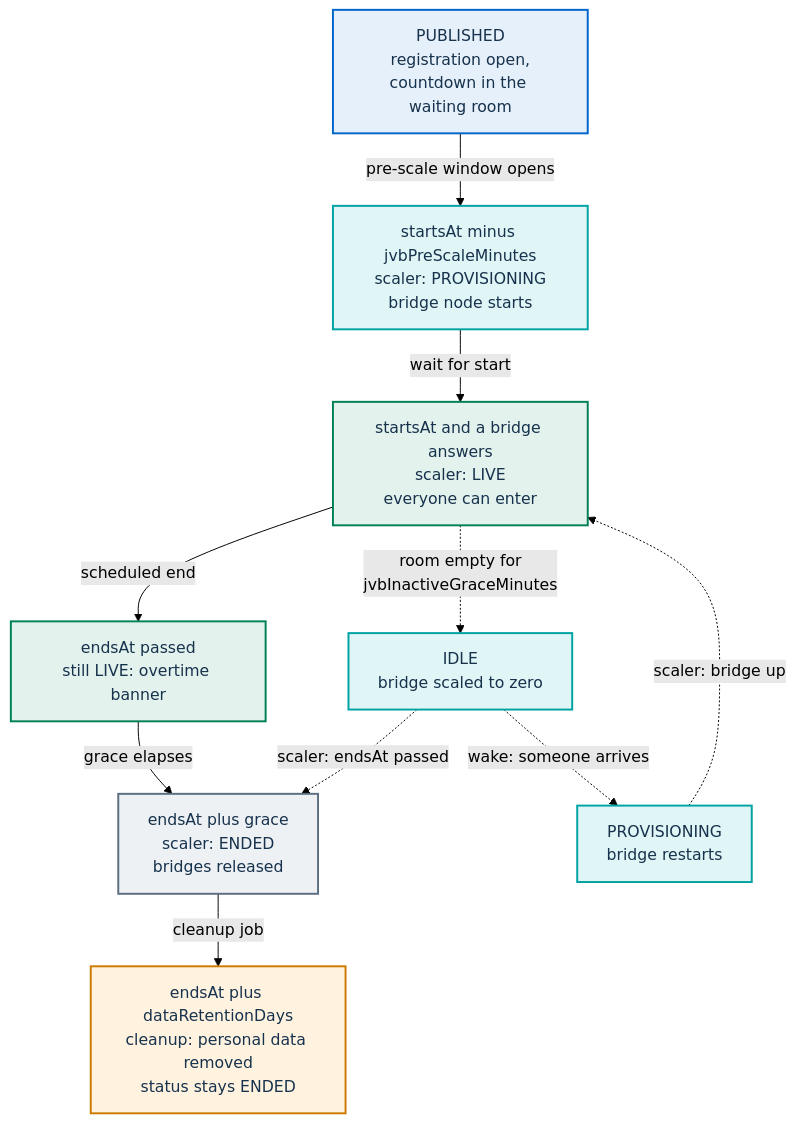
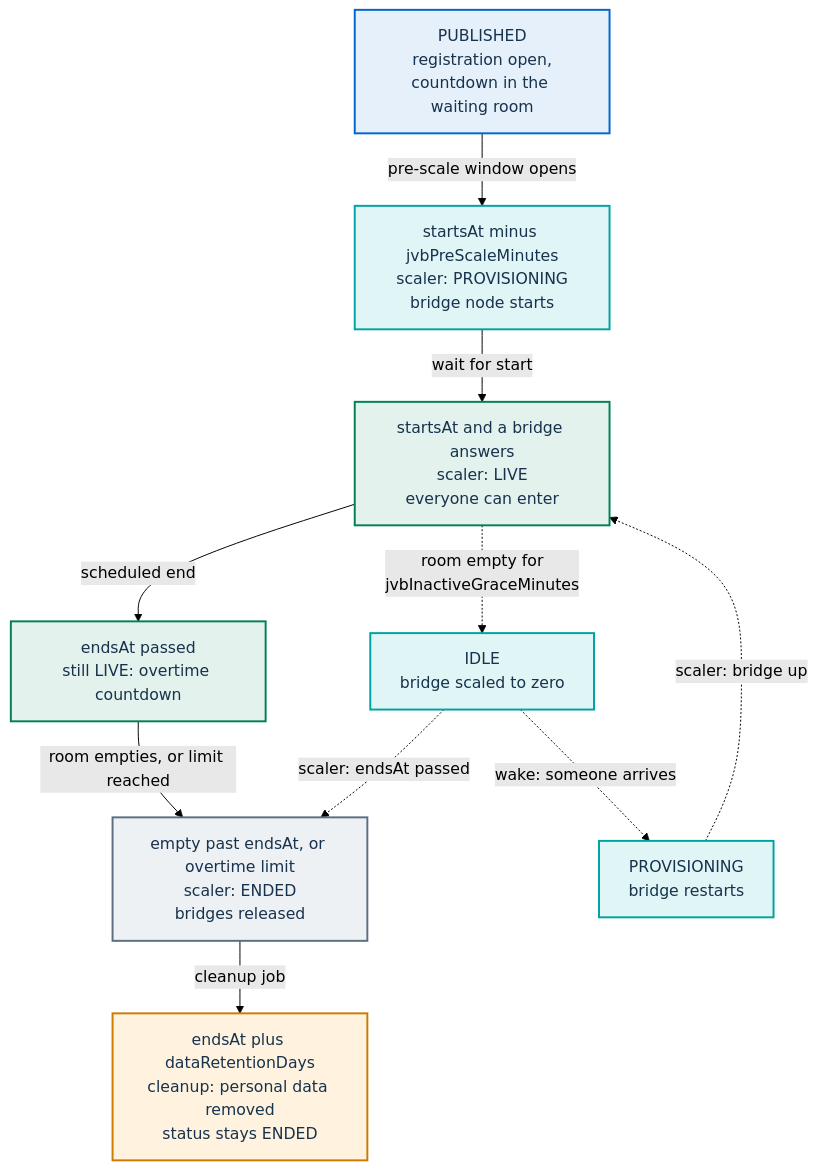
Before and after one commit to italia/pa-webinar: the fourth of 4 diagrams in docs/architecture/event-lifecycle.md, drawn with Mermaid (forest theme). The commit also changed other lines of this file and 50 other files, not shown here.

````diff
--- a/docs/architecture/event-lifecycle.md
+++ b/docs/architecture/event-lifecycle.md
@@ -289,29 +289,29 @@
 ```mermaid
 flowchart TB
   classDef human fill:#E6F0FA,stroke:#0066CC,stroke-width:2px,color:#17324D
   classDef auto fill:#E0F5F5,stroke:#00A3A3,stroke-width:2px,color:#17324D
   classDef live fill:#E3F2EC,stroke:#008055,stroke-width:2px,color:#17324D
   classDef terminal fill:#EEF1F4,stroke:#5C6F82,stroke-width:2px,color:#17324D
   classDef cron fill:#FFF3E0,stroke:#CC7A00,stroke-width:2px,color:#17324D
 
   A["PUBLISHED<br/>registration open,<br/>countdown in the waiting room"]:::human
   B["startsAt minus jvbPreScaleMinutes<br/>scaler: PROVISIONING<br/>bridge node starts"]:::auto
   C["startsAt and a bridge answers<br/>scaler: LIVE<br/>everyone can enter"]:::live
-  D["endsAt passed<br/>still LIVE: overtime banner"]:::live
-  E["endsAt plus grace<br/>scaler: ENDED<br/>bridges released"]:::terminal
+  D["endsAt passed<br/>still LIVE: overtime countdown"]:::live
+  E["empty past endsAt, or overtime limit<br/>scaler: ENDED<br/>bridges released"]:::terminal
   F["endsAt plus dataRetentionDays<br/>cleanup: personal data removed<br/>status stays ENDED"]:::cron
 
   I["IDLE<br/>bridge scaled to zero"]:::auto
   W["PROVISIONING<br/>bridge restarts"]:::auto
 
   A -->|"pre-scale window opens"| B
   B -->|"wait for start"| C
   C -->|"scheduled end"| D
-  D -->|"grace elapses"| E
+  D -->|"room empties, or limit reached"| E
   E -->|"cleanup job"| F
 
   C -.->|"room empty for<br/>jvbInactiveGraceMinutes"| I
   I -.->|"wake: someone arrives"| W
   W -.->|"scaler: bridge up"| C
   I -.->|"scaler: endsAt passed"| E
 ```
````
